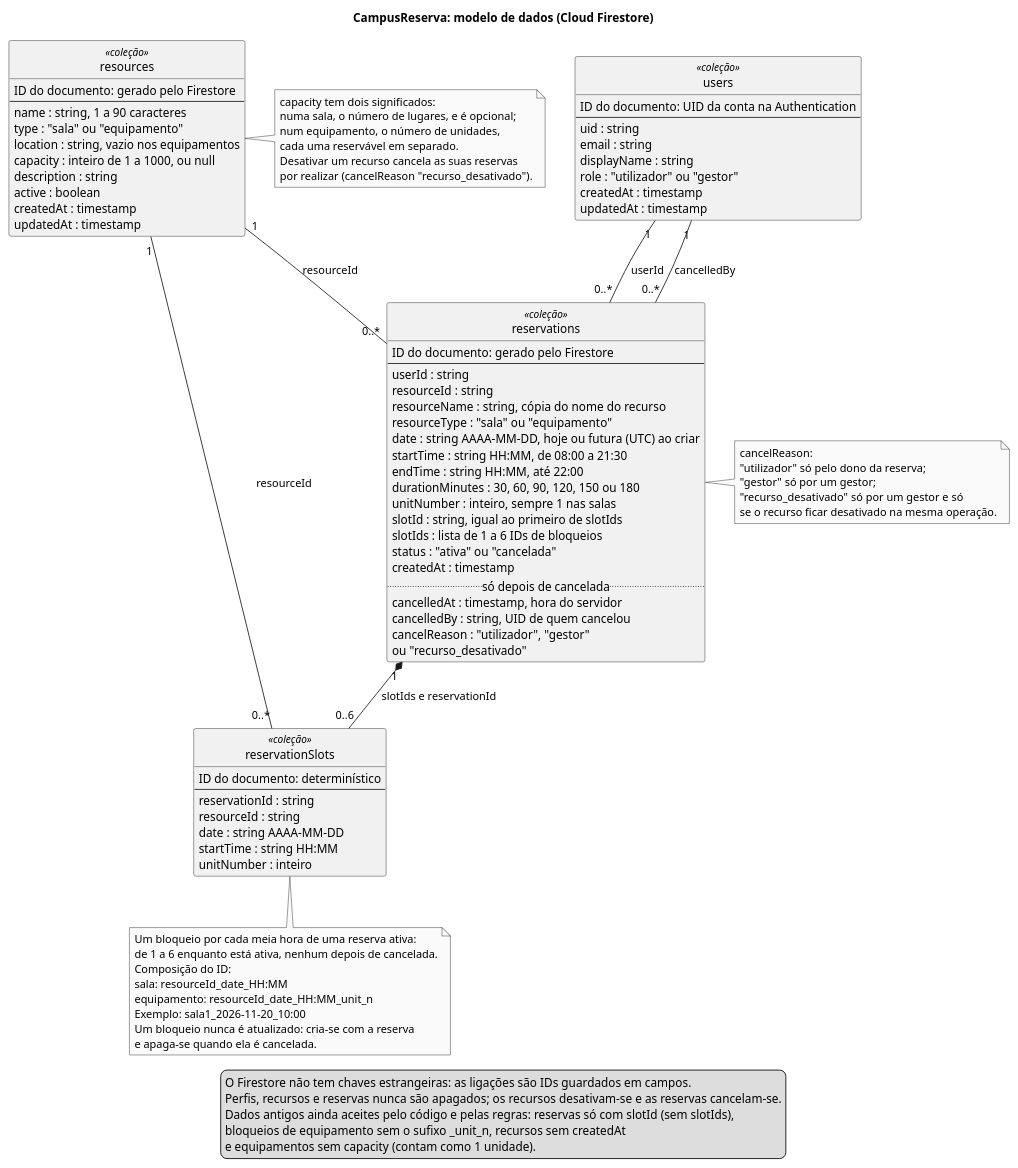
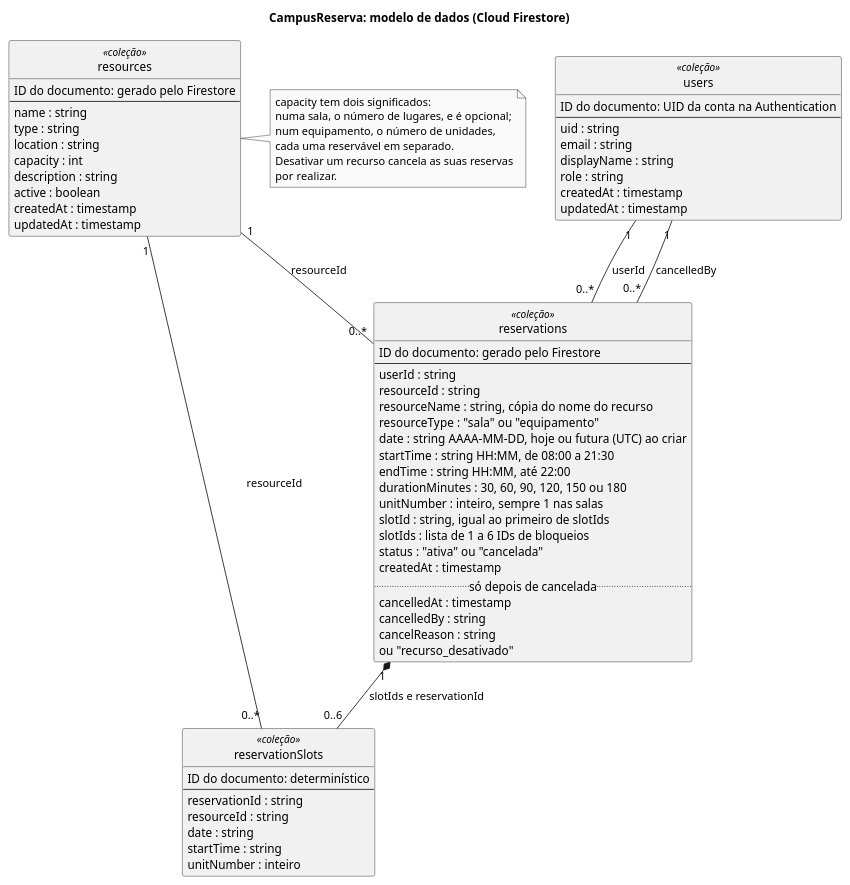
Before and after one commit to diogofcpereira/CampusReserva: the diagram in docs/diagramas/modelo-dados.puml, drawn with PlantUML. The commit also changed 1 other file, not shown here.

Commit message:
Diagrama Modelo de dados

```diff
--- a/docs/diagramas/modelo-dados.puml
+++ b/docs/diagramas/modelo-dados.puml
@@ -1,109 +1,83 @@
 @startuml modelo-dados
 
 title CampusReserva: modelo de dados (Cloud Firestore)
 
 skinparam monochrome true
 skinparam shadowing false
 skinparam classAttributeIconSize 0
 hide circle
 hide empty members
 
 class "users" as User <<coleção>> {
   ID do documento: UID da conta na Authentication
   --
   uid : string
   email : string
   displayName : string
-  role : "utilizador" ou "gestor"
+  role : string
   createdAt : timestamp
   updatedAt : timestamp
 }
 
 class "resources" as Resource <<coleção>> {
   ID do documento: gerado pelo Firestore
   --
-  name : string, 1 a 90 caracteres
-  type : "sala" ou "equipamento"
-  location : string, vazio nos equipamentos
-  capacity : inteiro de 1 a 1000, ou null
+  name : string
+  type : string
+  location : string
+  capacity : int
   description : string
   active : boolean
   createdAt : timestamp
   updatedAt : timestamp
 }
 
 class "reservations" as Reservation <<coleção>> {
   ID do documento: gerado pelo Firestore
   --
   userId : string
   resourceId : string
   resourceName : string, cópia do nome do recurso
   resourceType : "sala" ou "equipamento"
   date : string AAAA-MM-DD, hoje ou futura (UTC) ao criar
   startTime : string HH:MM, de 08:00 a 21:30
   endTime : string HH:MM, até 22:00
   durationMinutes : 30, 60, 90, 120, 150 ou 180
   unitNumber : inteiro, sempre 1 nas salas
   slotId : string, igual ao primeiro de slotIds
   slotIds : lista de 1 a 6 IDs de bloqueios
   status : "ativa" ou "cancelada"
   createdAt : timestamp
   .. só depois de cancelada ..
-  cancelledAt : timestamp, hora do servidor
-  cancelledBy : string, UID de quem cancelou
-  cancelReason : "utilizador", "gestor"
+  cancelledAt : timestamp
+  cancelledBy : string
+  cancelReason : string
   ou "recurso_desativado"
 }
 
 class "reservationSlots" as Slot <<coleção>> {
   ID do documento: determinístico
   --
   reservationId : string
   resourceId : string
-  date : string AAAA-MM-DD
-  startTime : string HH:MM
+  date : string
+  startTime : string
   unitNumber : inteiro
 }
 
 User "1" -- "0..*" Reservation : userId
 User "1" -- "0..*" Reservation : cancelledBy
 Resource "1" -- "0..*" Reservation : resourceId
 Reservation "1" *-- "0..6" Slot : slotIds e reservationId
 Resource "1" -- "0..*" Slot : resourceId
 
 note right of Resource
   capacity tem dois significados:
   numa sala, o número de lugares, e é opcional;
   num equipamento, o número de unidades,
   cada uma reservável em separado.
   Desativar um recurso cancela as suas reservas
-  por realizar (cancelReason "recurso_desativado").
+  por realizar.
 end note
 
-note right of Reservation
-  cancelReason:
-  "utilizador" só pelo dono da reserva;
-  "gestor" só por um gestor;
-  "recurso_desativado" só por um gestor e só
-  se o recurso ficar desativado na mesma operação.
-end note
-
-note bottom of Slot
-  Um bloqueio por cada meia hora de uma reserva ativa:
-  de 1 a 6 enquanto está ativa, nenhum depois de cancelada.
-  Composição do ID:
-  sala: resourceId_date_HH:MM
-  equipamento: resourceId_date_HH:MM_unit_n
-  Exemplo: sala1_2026-11-20_10:00
-  Um bloqueio nunca é atualizado: cria-se com a reserva
-  e apaga-se quando ela é cancelada.
-end note
-
-legend
-  O Firestore não tem chaves estrangeiras: as ligações são IDs guardados em campos.
-  Perfis, recursos e reservas nunca são apagados; os recursos desativam-se e as reservas cancelam-se.
-  Dados antigos ainda aceites pelo código e pelas regras: reservas só com slotId (sem slotIds),
-  bloqueios de equipamento sem o sufixo _unit_n, recursos sem createdAt
-  e equipamentos sem capacity (contam como 1 unidade).
-endlegend
 @enduml
```
